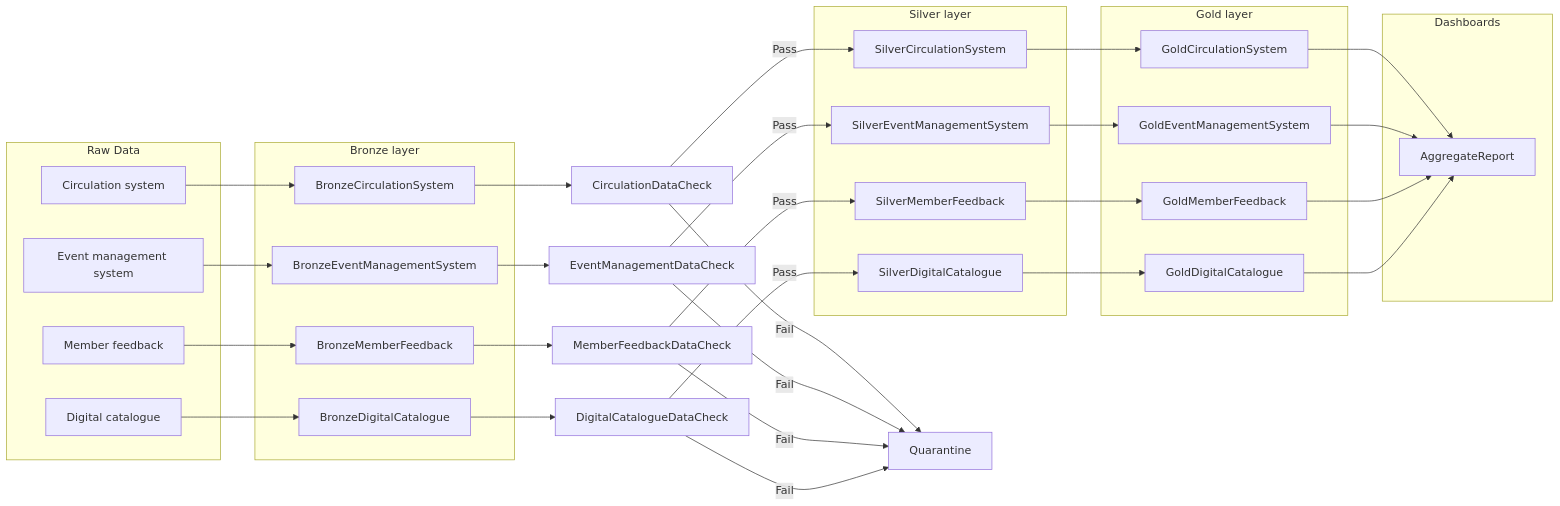
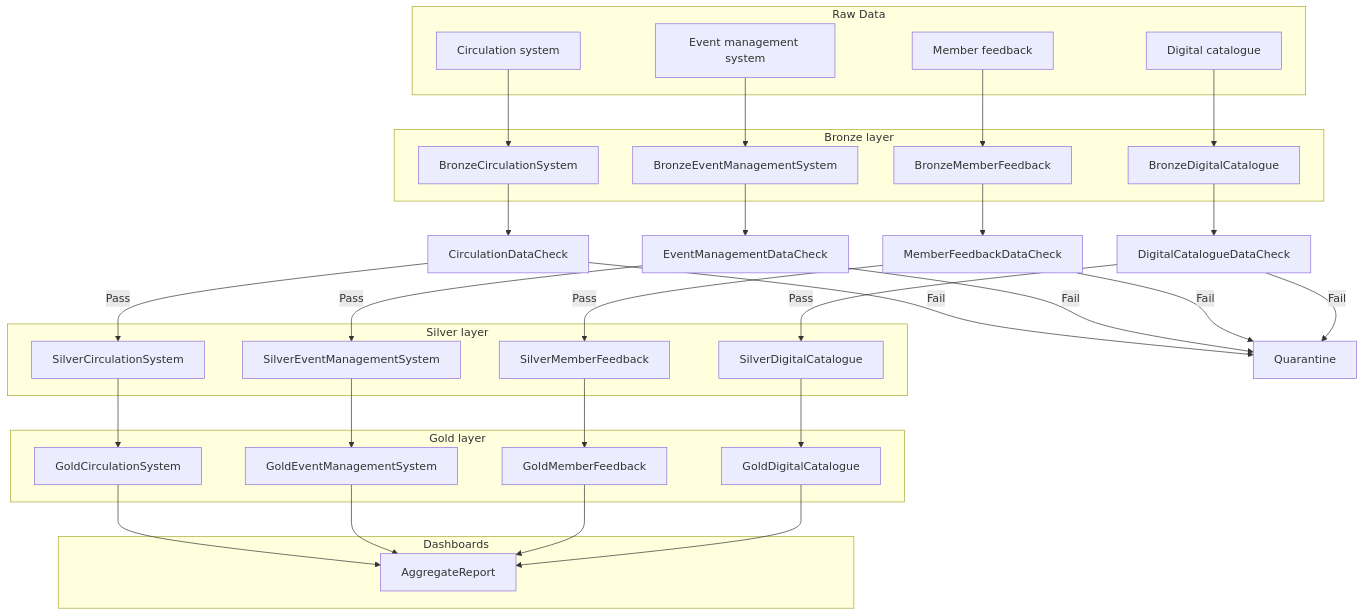
The diagram in docs/architecture/design-pipeline.md (gleung26/qa-library-pipeline), drawn with Mermaid before and after one commit. The commit also changed 1 other file, not shown here.

Commit message:
Add docs site config and architecture diagram

````diff
--- a/docs/architecture/design-pipeline.md
+++ b/docs/architecture/design-pipeline.md
@@ -4,71 +4,71 @@
 ```mermaid
-flowchart LR
+flowchart TD
     subgraph Raw["Raw Data"]
         
         Circulation[Circulation system]
         EventManagement[Event management system]
         Feedback[Member feedback]
         Catalogue[Digital catalogue]
         
     end
     
     Circulation --> BronzeCirculation
     EventManagement --> BronzeEventManagement
     Feedback --> BronzeFeedback
     Catalogue --> BronzeCatalogue
     
     subgraph Bronze["Bronze layer"]
     
         BronzeCirculation[BronzeCirculationSystem]
         BronzeEventManagement[BronzeEventManagementSystem]
         BronzeFeedback[BronzeMemberFeedback]
         BronzeCatalogue[BronzeDigitalCatalogue]
         
     end
     BronzeCirculation --> CirculationDataCheck
     CirculationDataCheck -->|Pass| SilverCirculation[Silver]
     CirculationDataCheck -->|Fail| Quarantine[Quarantine]
     
     BronzeEventManagement --> EventManagementDataCheck
     EventManagementDataCheck -->|Pass| SilverEventManagement[Silver]
     EventManagementDataCheck -->|Fail| Quarantine[Quarantine]
     
     BronzeFeedback --> MemberFeedbackDataCheck
     MemberFeedbackDataCheck -->|Pass| SilverFeedback[Silver]
     MemberFeedbackDataCheck -->|Fail| Quarantine[Quarantine]
     
     BronzeCatalogue --> DigitalCatalogueDataCheck
     DigitalCatalogueDataCheck -->|Pass| SilverCatalogue[Silver]
     DigitalCatalogueDataCheck -->|Fail| Quarantine[Quarantine]
 
     subgraph Silver["Silver layer"]
         SilverCirculation[SilverCirculationSystem]
         SilverEventManagement[SilverEventManagementSystem]
         SilverFeedback[SilverMemberFeedback]
         SilverCatalogue[SilverDigitalCatalogue]
     end
     
     SilverCirculation -->GoldCirculation
     SilverEventManagement --> GoldEventManagement
     SilverFeedback --> GoldFeedback
     SilverCatalogue --> GoldCatalogue
     
     subgraph Gold["Gold layer"]
         GoldCirculation[GoldCirculationSystem]
         GoldEventManagement[GoldEventManagementSystem]
         GoldFeedback[GoldMemberFeedback]
         GoldCatalogue[GoldDigitalCatalogue]
     end
     
     GoldCirculation --> AggregateReport
     GoldEventManagement --> AggregateReport
     GoldFeedback --> AggregateReport
     GoldCatalogue --> AggregateReport
     
     subgraph Dashboard["Dashboards"]
         AggregateReport[AggregateReport]
     end
         
      
 
 ```
````
